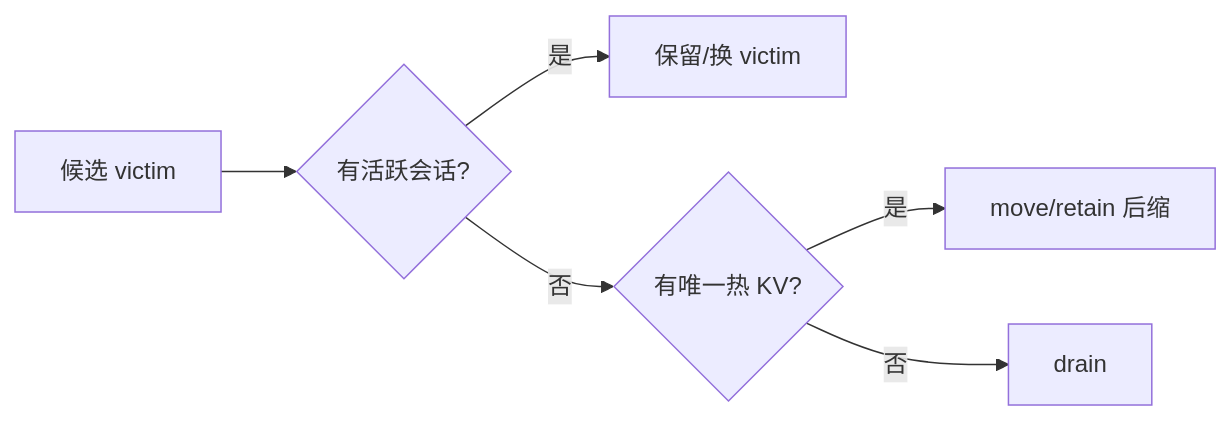
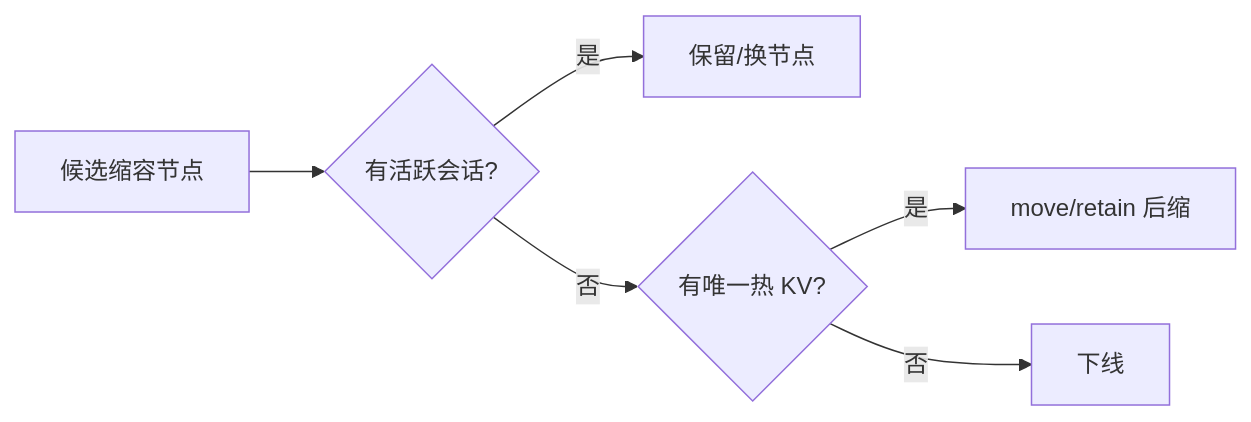
Before and after one commit to 5x8-40/lake: the eighth of 9 diagrams in kvcm/design/D8a-scheduling-algorithms.md, drawn with Mermaid. The commit also changed other lines of this file and 4 other files, not shown here.

````diff
--- a/kvcm/design/D8a-scheduling-algorithms.md
+++ b/kvcm/design/D8a-scheduling-algorithms.md
@@ -460,8 +479,8 @@
 ```mermaid
 flowchart LR
-    V["候选 victim"] --> S{"有活跃会话?"}
-    S -->|"是"| KEEP["保留/换 victim"]
+    V["候选缩容节点"] --> S{"有活跃会话?"}
+    S -->|"是"| KEEP["保留/换节点"]
     S -->|"否"| H{"有唯一热 KV?"}
     H -->|"是"| MOVE["move/retain 后缩"]
-    H -->|"否"| DRAIN["drain"]
+    H -->|"否"| DRAIN["下线"]
 ```
````
